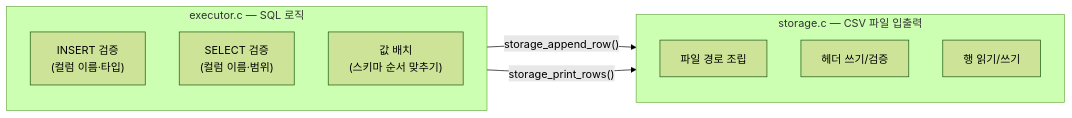
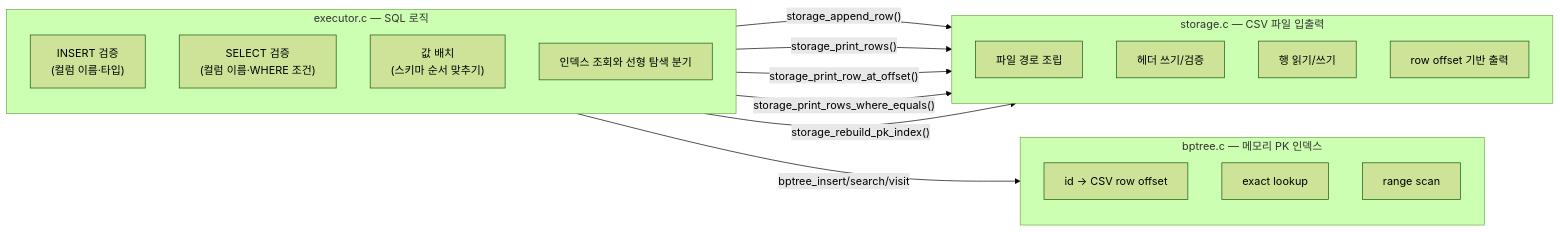
The first of 18 diagrams in docs/storage-executor.md (Jungle-12-303/week7-02-sql-index), drawn with Mermaid (forest theme) before and after one commit. The commit also changed other lines of this file and 10 other files, not shown here.

````diff
--- a/docs/storage-executor.md
+++ b/docs/storage-executor.md
@@ -11,17 +11,29 @@
 ```mermaid
 flowchart LR
     subgraph executor["executor.c — SQL 로직"]
         E1["INSERT 검증<br/>(컬럼 이름·타입)"]
-        E2["SELECT 검증<br/>(컬럼 이름·범위)"]
+        E2["SELECT 검증<br/>(컬럼 이름·WHERE 조건)"]
         E3["값 배치<br/>(스키마 순서 맞추기)"]
+        E4["인덱스 조회와 선형 탐색 분기"]
     end
 
     subgraph storage["storage.c — CSV 파일 입출력"]
         S1["파일 경로 조립"]
         S2["헤더 쓰기/검증"]
         S3["행 읽기/쓰기"]
+        S4["row offset 기반 출력"]
+    end
+
+    subgraph index["bptree.c — 메모리 PK 인덱스"]
+        B1["id -> CSV row offset"]
+        B2["exact lookup"]
+        B3["range scan"]
     end
 
     executor -->|"storage_append_row()"| storage
     executor -->|"storage_print_rows()"| storage
+    executor -->|"storage_print_row_at_offset()"| storage
+    executor -->|"storage_print_rows_where_equals()"| storage
+    executor -->|"storage_rebuild_pk_index()"| storage
+    executor -->|"bptree_insert/search/visit"| index
 ```
````
